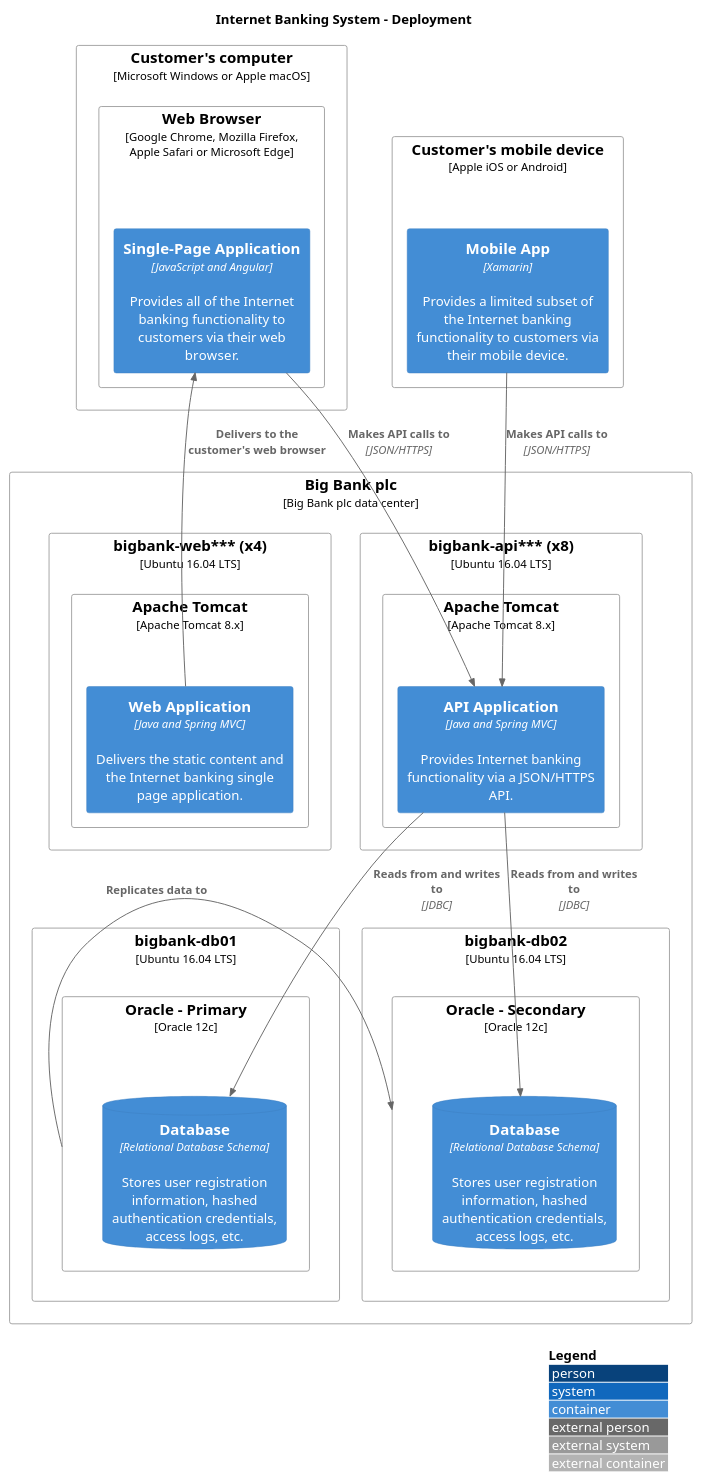
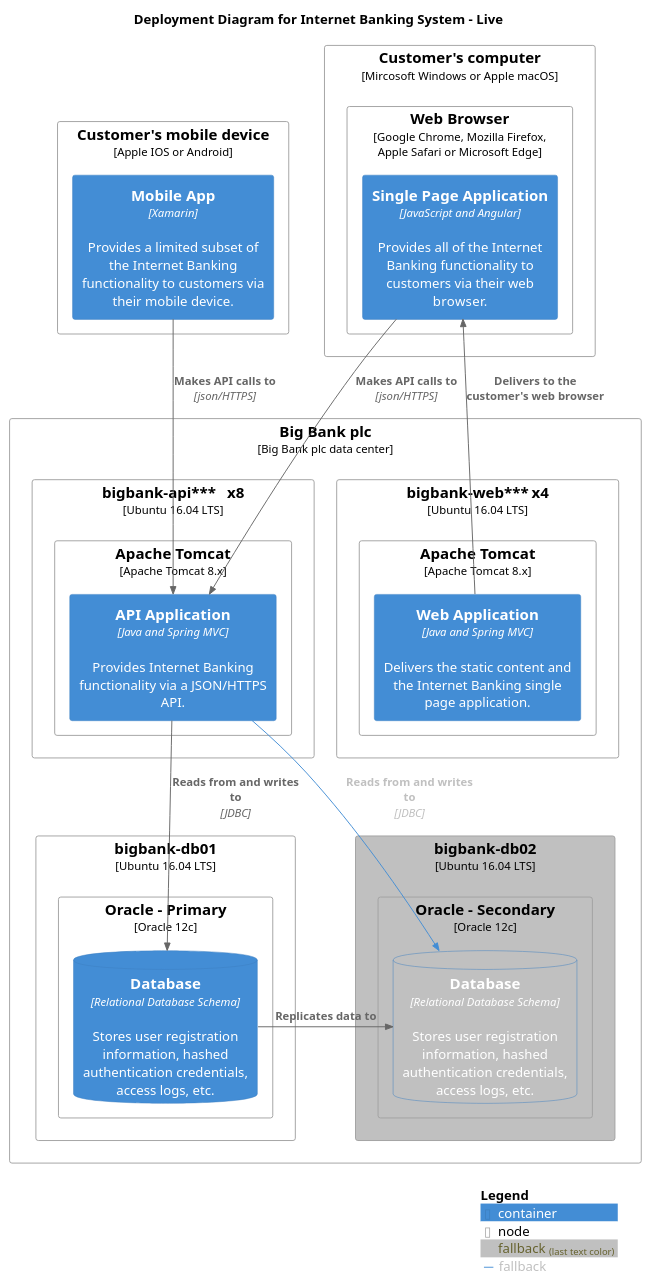
Before and after one commit to scott-wong/C4-PlantUML: the diagram in samples/C4_Deployment Diagram Sample - bigbankplc.puml, drawn with PlantUML. The commit also changed 51 other files, not shown here.

```diff
--- a/samples/C4_Deployment Diagram Sample - bigbankplc.puml
+++ b/samples/C4_Deployment Diagram Sample - bigbankplc.puml
@@ -1,50 +1,55 @@
 @startuml
-!include https://raw.githubusercontent.com/scott-wong/C4-PlantUML/master/C4_Deployment.puml
+  !include https://raw.githubusercontent.com/plantuml-stdlib/C4-PlantUML/master/C4_Deployment.puml
 ' uncomment the following line and comment the first to use locally
-' !include C4_Deployment
+' !include C4_Deployment.puml
 
-' PlantUML does not support automatic line breaks of nodes, if e_techn is very long insert line breaks with 
-' "</size>\n<size:TECHN_FONT_SIZE>"
-' samples see below
+AddElementTag("fallback", $bgColor="#c0c0c0")
+AddRelTag("fallback", $textColor="#c0c0c0", $lineColor="#438DD5")
 
-title Internet Banking System - Deployment
+' calculated legend is used (activated in last line)
+' LAYOUT_WITH_LEGEND()
 
-LAYOUT_WITH_LEGEND()
+title Deployment Diagram for Internet Banking System - Live
 
-Node(Deployment__Live__BigBankplc__3f81fb2, "Big Bank plc", "Big Bank plc data center") {
-  Node(Deployment__Live__BigBankplc__bigbankweb***__23f0eac, "bigbank-web*** (x4)", "Ubuntu 16.04 LTS") {
-    Node(Deployment__Live__BigBankplc__bigbankweb***__ApacheTomcat__a4474, "Apache Tomcat", "Apache Tomcat 8.x") {
-      Container(InternetBankingSystem__WebApplication2__2493dd9, "Web Application", "Java and Spring MVC", "Delivers the static content and the Internet banking single page application.")
+Deployment_Node(plc, "Big Bank plc", "Big Bank plc data center"){
+    Deployment_Node(dn, "bigbank-api***\tx8", "Ubuntu 16.04 LTS"){
+        Deployment_Node(apache, "Apache Tomcat", "Apache Tomcat 8.x"){
+            Container(api, "API Application", "Java and Spring MVC", "Provides Internet Banking functionality via a JSON/HTTPS API.")
+        }
     }
-  }
-  Node(Deployment__Live__BigBankplc__bigbankapi***__24ec565, "bigbank-api*** (x8)", "Ubuntu 16.04 LTS") {
-    Node(Deployment__Live__BigBankplc__bigbankapi***__ApacheTomcat__389f399, "Apache Tomcat", "Apache Tomcat 8.x") {
-      Container(InternetBankingSystem__APIApplication2__1b73d2e, "API Application", "Java and Spring MVC", "Provides Internet banking functionality via a JSON/HTTPS API.")
+    Deployment_Node(bigbankdb01, "bigbank-db01", "Ubuntu 16.04 LTS"){
+        Deployment_Node(oracle, "Oracle - Primary", "Oracle 12c"){
+            ContainerDb(db, "Database", "Relational Database Schema", "Stores user registration information, hashed authentication credentials, access logs, etc.")
+        }
     }
-  }
-  Node(Deployment__Live__BigBankplc__bigbankdb01__1cc9f55, "bigbank-db01", "Ubuntu 16.04 LTS") {
-    Node(Deployment__Live__BigBankplc__bigbankdb01__OraclePrimary__28f79f6, "Oracle - Primary", "Oracle 12c") {
-      ContainerDb(InternetBankingSystem__Database2__1f227f4, "Database", "Relational Database Schema", "Stores user registration information, hashed authentication credentials, access logs, etc.")
+    Deployment_Node(bigbankdb02, "bigbank-db02", "Ubuntu 16.04 LTS", $tags="fallback") {
+        Deployment_Node(oracle2, "Oracle - Secondary", "Oracle 12c", $tags="fallback") {
+            ContainerDb(db2, "Database", "Relational Database Schema", "Stores user registration information, hashed authentication credentials, access logs, etc.", $tags="fallback")
+        }
     }
-  }
-  Node(Deployment__Live__BigBankplc__bigbankdb02__2eae566, "bigbank-db02", "Ubuntu 16.04 LTS") {
-    Node(Deployment__Live__BigBankplc__bigbankdb02__OracleSecondary__24d13de, "Oracle - Secondary", "Oracle 12c") {
-      ContainerDb(InternetBankingSystem__Database3__3296ca6, "Database", "Relational Database Schema", "Stores user registration information, hashed authentication credentials, access logs, etc.")
+    Deployment_Node(bb2, "bigbank-web***\tx4", "Ubuntu 16.04 LTS"){
+        Deployment_Node(apache2, "Apache Tomcat", "Apache Tomcat 8.x"){
+            Container(web, "Web Application", "Java and Spring MVC", "Delivers the static content and the Internet Banking single page application.")
+        }
     }
-  }
 }
-Node(Deployment__Live__Customer'scomputer__2c36bed, "Customer's computer", "Microsoft Windows or Apple macOS") {
-  Node(Deployment__Live__Customer'scomputer__WebBrowser__18307f7, "Web Browser", "Google Chrome, Mozilla Firefox, Apple Safari or Microsoft Edge") {
-    Container(InternetBankingSystem__SinglePageApplication2__22cc62b, "Single-Page Application", "JavaScript and Angular", "Provides all of the Internet banking functionality to customers via their web browser.")
-  }
+
+Deployment_Node(mob, "Customer's mobile device", "Apple IOS or Android"){
+    Container(mobile, "Mobile App", "Xamarin", "Provides a limited subset of the Internet Banking functionality to customers via their mobile device.")
 }
-Node(Deployment__Live__Customer'smobiledevice__38a070b, "Customer's mobile device", "Apple iOS or Android") {
-  Container(InternetBankingSystem__MobileApp1__1bb919c, "Mobile App", "Xamarin", "Provides a limited subset of the Internet banking functionality to customers via their mobile device.")
+
+Deployment_Node(comp, "Customer's computer", "Mircosoft Windows or Apple macOS"){
+    Deployment_Node(browser, "Web Browser", "Google Chrome, Mozilla Firefox, Apple Safari or Microsoft Edge"){
+        Container(spa, "Single Page Application", "JavaScript and Angular", "Provides all of the Internet Banking functionality to customers via their web browser.")
+    }
 }
-Rel(InternetBankingSystem__APIApplication2__1b73d2e, InternetBankingSystem__Database2__1f227f4, "Reads from and writes to", "JDBC")
-Rel(InternetBankingSystem__APIApplication2__1b73d2e, InternetBankingSystem__Database3__3296ca6, "Reads from and writes to", "JDBC")
-Rel(InternetBankingSystem__MobileApp1__1bb919c, InternetBankingSystem__APIApplication2__1b73d2e, "Makes API calls to", "JSON/HTTPS")
-Rel(InternetBankingSystem__SinglePageApplication2__22cc62b, InternetBankingSystem__APIApplication2__1b73d2e, "Makes API calls to", "JSON/HTTPS")
-Rel_Up(InternetBankingSystem__WebApplication2__2493dd9, InternetBankingSystem__SinglePageApplication2__22cc62b, "Delivers to the customer's web browser")
-Rel_Left(Deployment__Live__BigBankplc__bigbankdb01__OraclePrimary__28f79f6, Deployment__Live__BigBankplc__bigbankdb02__OracleSecondary__24d13de, "Replicates data to")
+
+Rel(mobile, api, "Makes API calls to", "json/HTTPS")
+Rel(spa, api, "Makes API calls to", "json/HTTPS")
+Rel_U(web, spa, "Delivers to the customer's web browser")
+Rel(api, db, "Reads from and writes to", "JDBC")
+Rel(api, db2, "Reads from and writes to", "JDBC", $tags="fallback")
+Rel_R(db, db2, "Replicates data to")
+
+SHOW_LEGEND()
 @enduml
```
